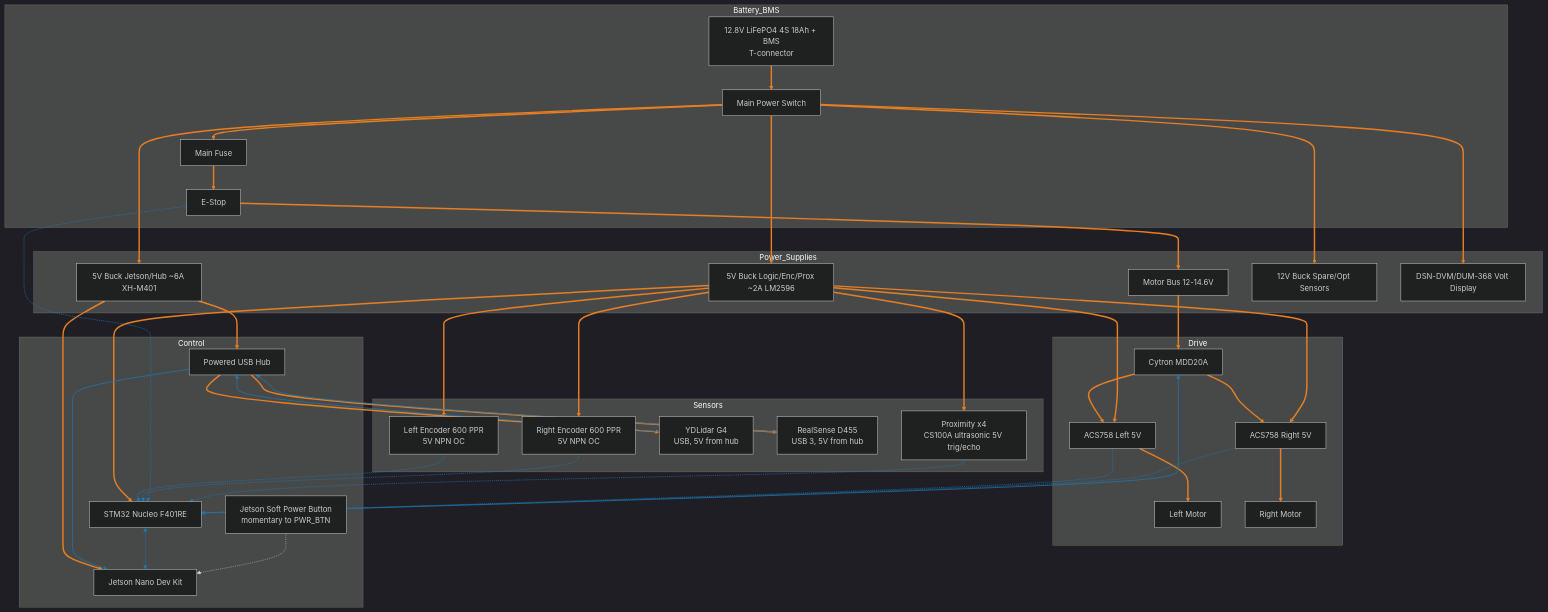
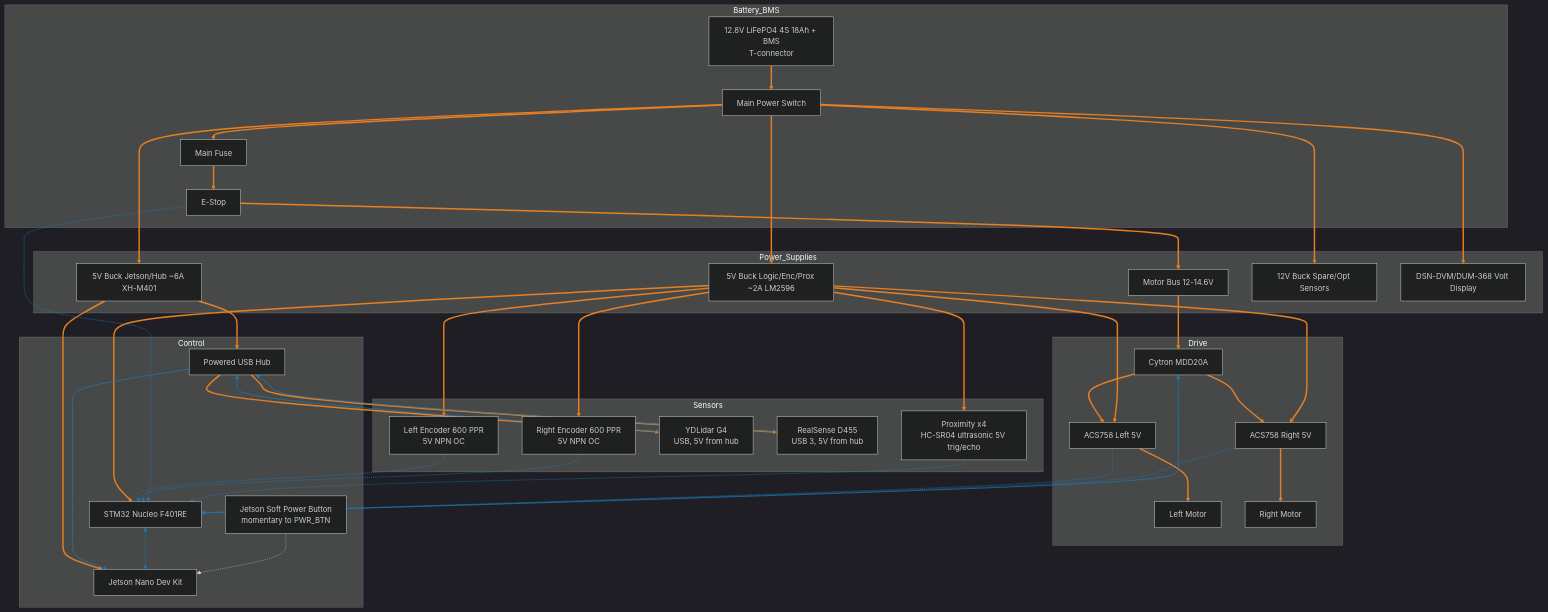
One commit to KartikMehta-1/AMR-development changed the diagram in docs/hardware_block_diagram.md. Above: the diagram before and after it, drawn with Mermaid (dark theme). The commit also changed other lines of this file and 7 other files, not shown here.

```diff
--- a/docs/hardware_block_diagram.md
+++ b/docs/hardware_block_diagram.md
@@ -54,7 +54,7 @@
     ENC_R[Right Encoder 600 PPR<br/>5V NPN OC]
     LIDAR[YDLidar G4<br/>USB, 5V from hub]
     DEPTH[RealSense D455<br/>USB 3, 5V from hub]
-    PROX[Proximity x4<br/>CS100A ultrasonic 5V trig/echo]
+    PROX[Proximity x4<br/>HC-SR04 ultrasonic 5V trig/echo]
   end
 
   %% Power distribution thick orange
```
